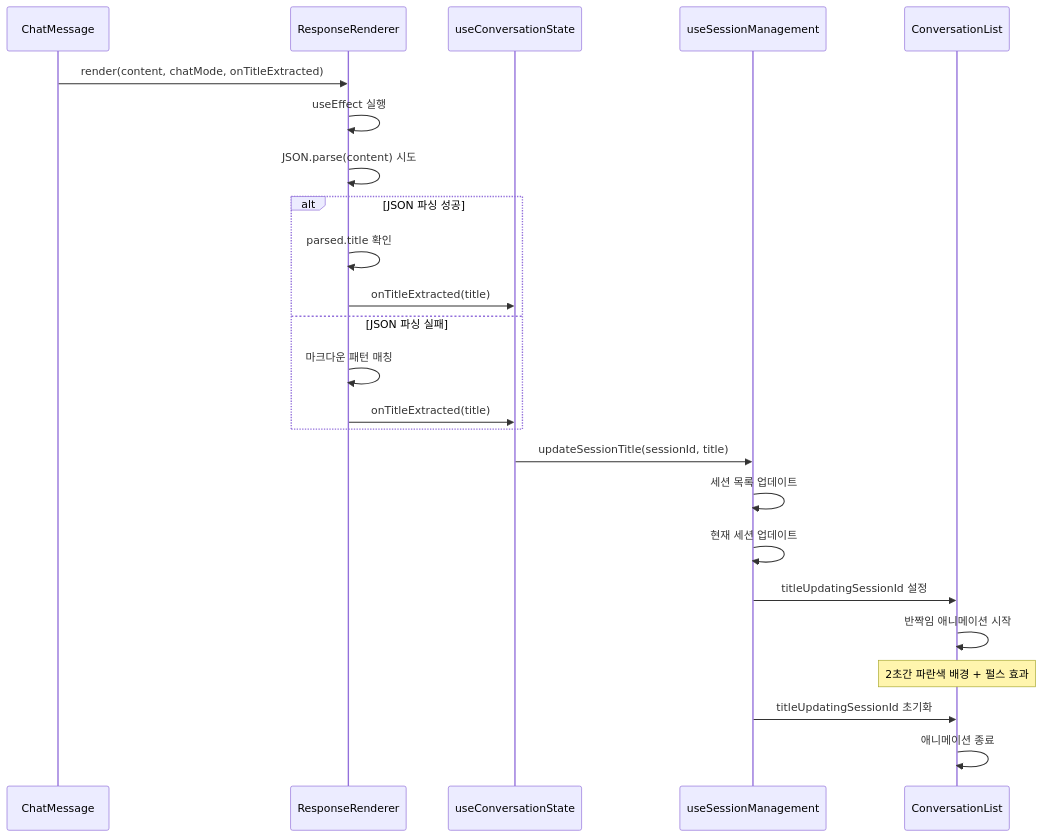
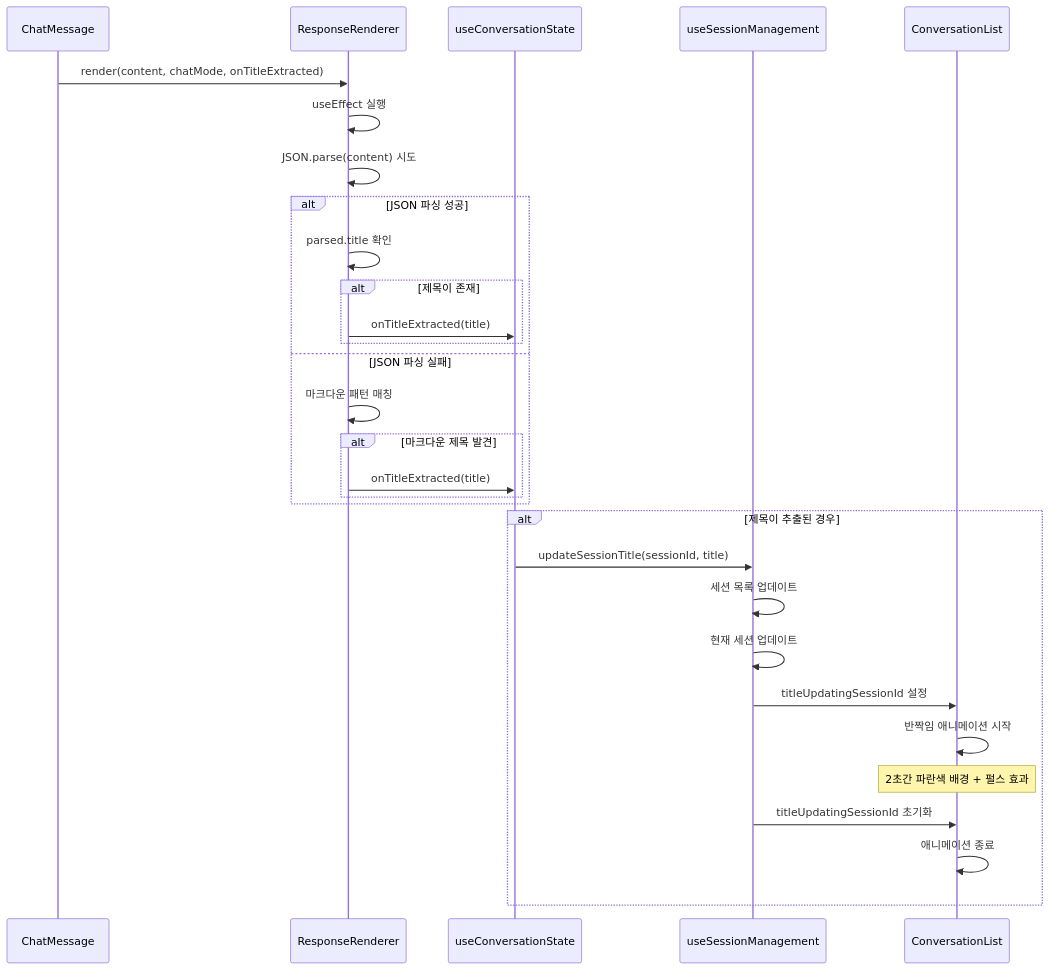
Diagram 12 of 19 in docs/design-specification.md (p0pular131/askspec-chat-assistant), drawn with Mermaid before and after one commit. The commit also changed other lines of this file, not shown here.

First line of the commit message:
Fix: Improve design spec diagrams and add estimate features

````diff
--- a/docs/design-specification.md
+++ b/docs/design-specification.md
@@ -368,31 +651,37 @@
 ```mermaid
 sequenceDiagram
     participant ChatMessage as ChatMessage
     participant Renderer as ResponseRenderer
     participant State as useConversationState
     participant Session as useSessionManagement
     participant UI as ConversationList
 
     ChatMessage->>Renderer: render(content, chatMode, onTitleExtracted)
     Renderer->>Renderer: useEffect 실행
     Renderer->>Renderer: JSON.parse(content) 시도
     
     alt JSON 파싱 성공
         Renderer->>Renderer: parsed.title 확인
-        Renderer->>State: onTitleExtracted(title)
+        alt 제목이 존재
+            Renderer->>State: onTitleExtracted(title)
+        end
     else JSON 파싱 실패
         Renderer->>Renderer: 마크다운 패턴 매칭
-        Renderer->>State: onTitleExtracted(title)
+        alt 마크다운 제목 발견
+            Renderer->>State: onTitleExtracted(title)
+        end
     end
     
-    State->>Session: updateSessionTitle(sessionId, title)
-    Session->>Session: 세션 목록 업데이트
-    Session->>Session: 현재 세션 업데이트
-    Session->>UI: titleUpdatingSessionId 설정
-    UI->>UI: 반짝임 애니메이션 시작
-    
-    Note over UI: 2초간 파란색 배경 + 펄스 효과
-    
-    Session->>UI: titleUpdatingSessionId 초기화
-    UI->>UI: 애니메이션 종료
+    alt 제목이 추출된 경우
+        State->>Session: updateSessionTitle(sessionId, title)
+        Session->>Session: 세션 목록 업데이트
+        Session->>Session: 현재 세션 업데이트
+        Session->>UI: titleUpdatingSessionId 설정
+        UI->>UI: 반짝임 애니메이션 시작
+        
+        Note over UI: 2초간 파란색 배경 + 펄스 효과
+        
+        Session->>UI: titleUpdatingSessionId 초기화
+        UI->>UI: 애니메이션 종료
+    end
 ```
````
